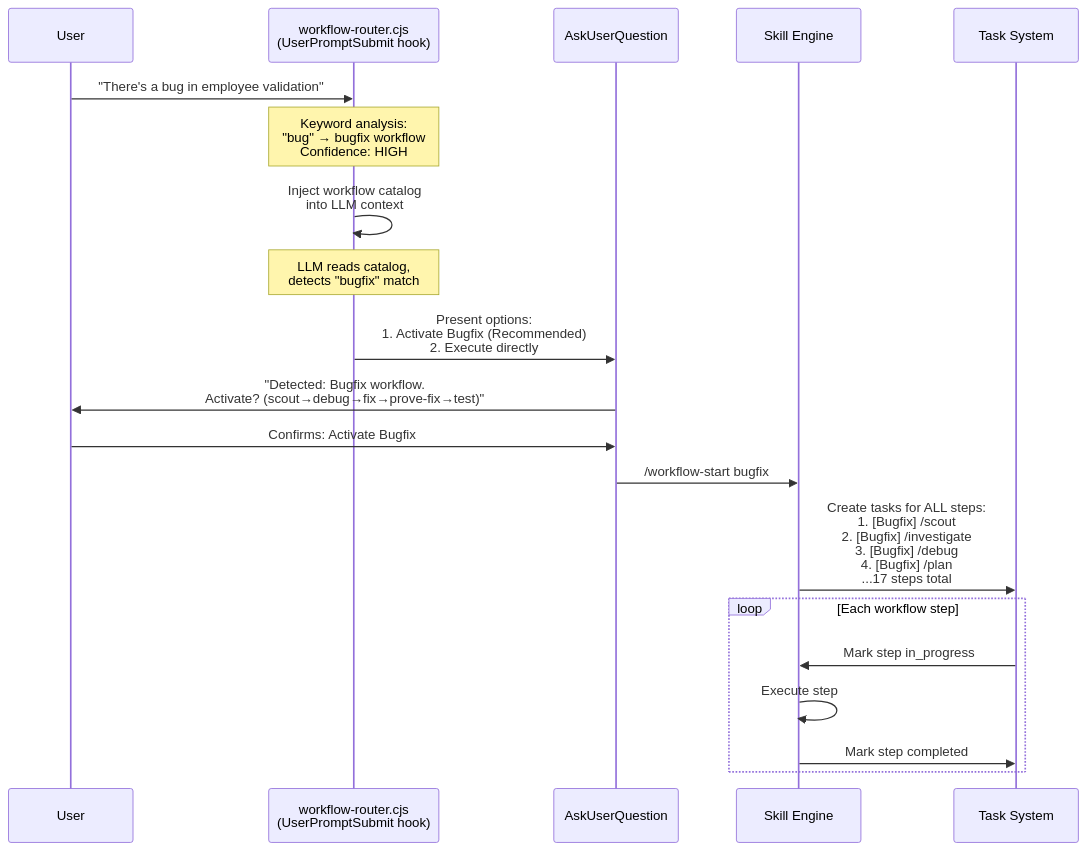
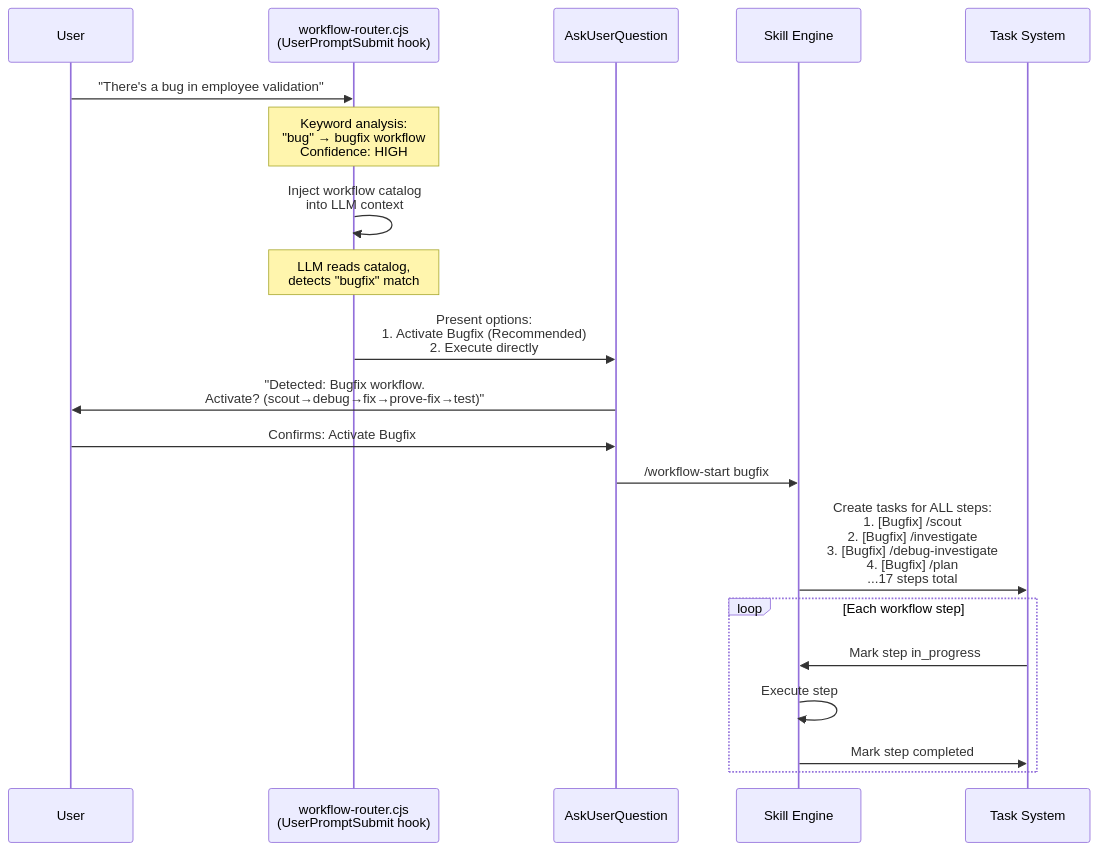
One commit to duc01226/EasyPlatform changed the seventh of 20 diagrams in .claude/docs/claude-ai-agent-framework-guide.md. Above: the diagram before and after it, drawn with Mermaid. The commit also changed other lines of this file and 45 other files, not shown here.

````diff
--- a/.claude/docs/claude-ai-agent-framework-guide.md
+++ b/.claude/docs/claude-ai-agent-framework-guide.md
@@ -804,32 +804,32 @@
 ```mermaid
 sequenceDiagram
     participant User
     participant Router as workflow-router.cjs<br/>(UserPromptSubmit hook)
     participant Ask as AskUserQuestion
     participant Skill as Skill Engine
     participant Todo as Task System
 
     User->>Router: "There's a bug in employee validation"
 
     Note over Router: Keyword analysis:<br/>"bug" → bugfix workflow<br/>Confidence: HIGH
 
     Router->>Router: Inject workflow catalog<br/>into LLM context
 
     Note over Router: LLM reads catalog,<br/>detects "bugfix" match
 
     Router->>Ask: Present options:<br/>1. Activate Bugfix (Recommended)<br/>2. Execute directly
 
     Ask->>User: "Detected: Bugfix workflow.<br/>Activate? (scout→debug→fix→prove-fix→test)"
 
     User->>Ask: Confirms: Activate Bugfix
 
     Ask->>Skill: /workflow-start bugfix
 
-    Skill->>Todo: Create tasks for ALL steps:<br/>1. [Bugfix] /scout<br/>2. [Bugfix] /investigate<br/>3. [Bugfix] /debug<br/>4. [Bugfix] /plan<br/>...17 steps total
+    Skill->>Todo: Create tasks for ALL steps:<br/>1. [Bugfix] /scout<br/>2. [Bugfix] /investigate<br/>3. [Bugfix] /debug-investigate<br/>4. [Bugfix] /plan<br/>...17 steps total
 
     loop Each workflow step
         Todo->>Skill: Mark step in_progress
         Skill->>Skill: Execute step
         Skill->>Todo: Mark step completed
     end
 ```
````
